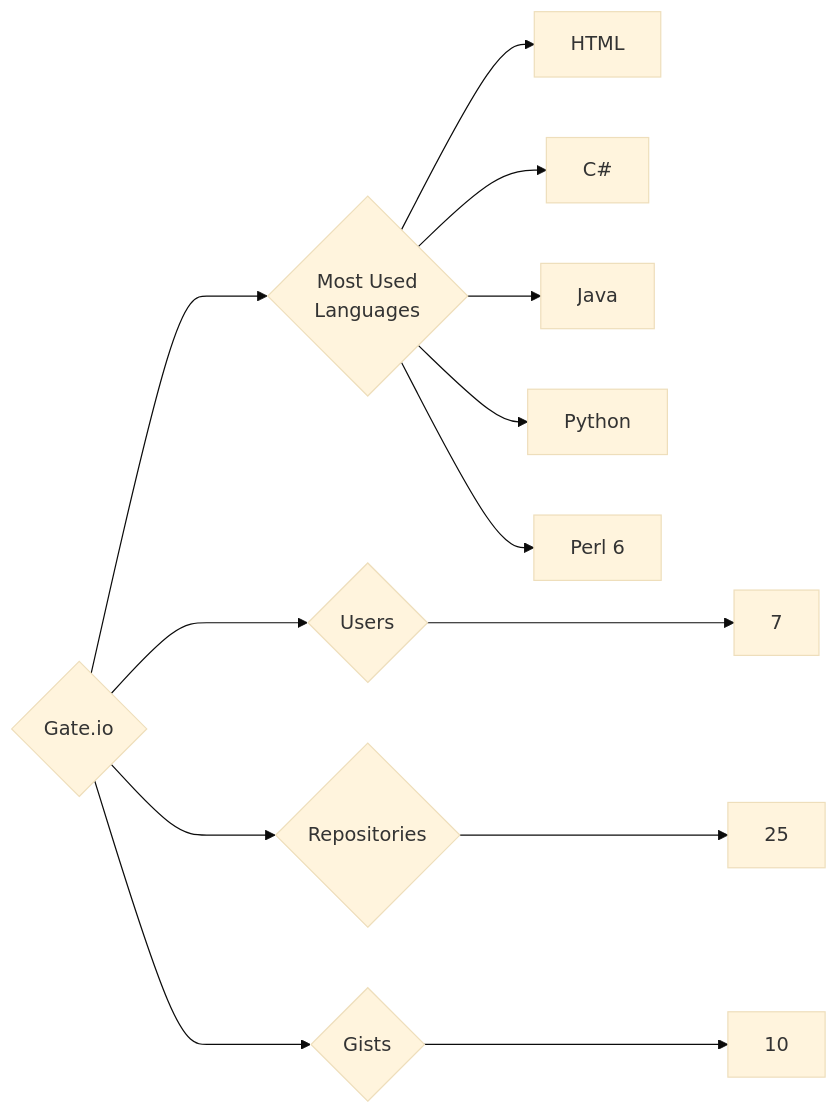
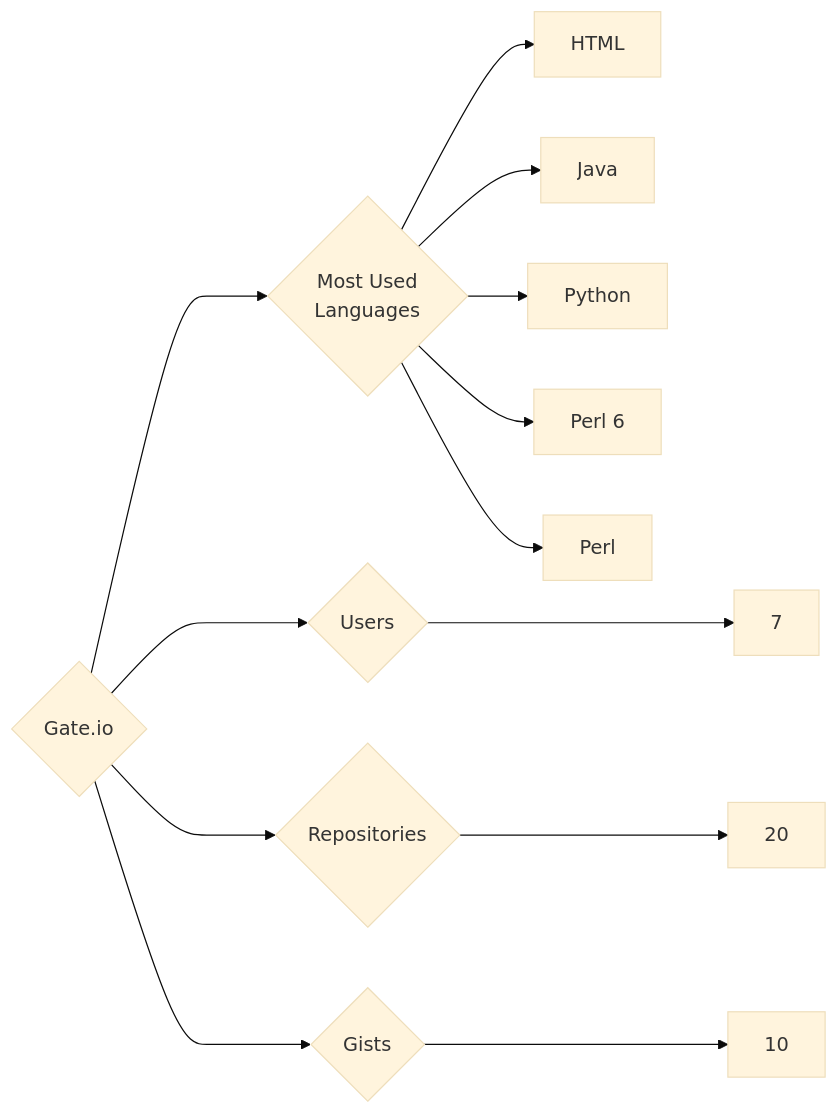
The diagram in targets/Gate.io/README.md (trickest/insiders), drawn with Mermaid (base theme) before and after one commit. The commit also changed 1088 other files, not shown here.

````diff
--- a/targets/Gate.io/README.md
+++ b/targets/Gate.io/README.md
@@ -3,13 +3,13 @@
 ```mermaid
 graph LR
 COMPANY_NAME{Gate.io}
 COMPANY_NAME ---> U{Users} ---> UN[7]
-COMPANY_NAME ---> R{Repositories} ---> RN[25]
+COMPANY_NAME ---> R{Repositories} ---> RN[20]
 COMPANY_NAME ---> G{Gists} ---> GN[10]
 COMPANY_NAME ---> ML{Most Used<br>Languages}
 ML --> HTML[HTML]
-ML --> C#[C#]
 ML --> Java[Java]
 ML --> Python[Python]
 ML --> Perl_6[Perl 6]
+ML --> Perl[Perl]
 ```
````
